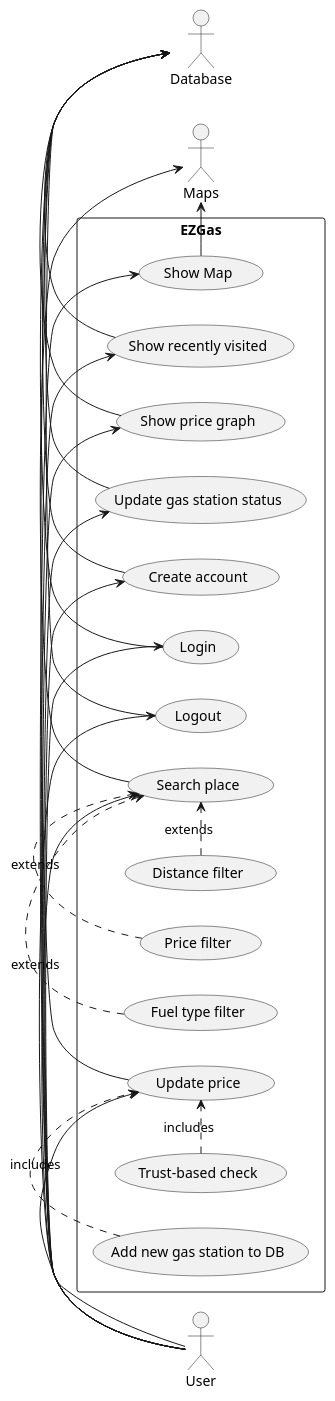
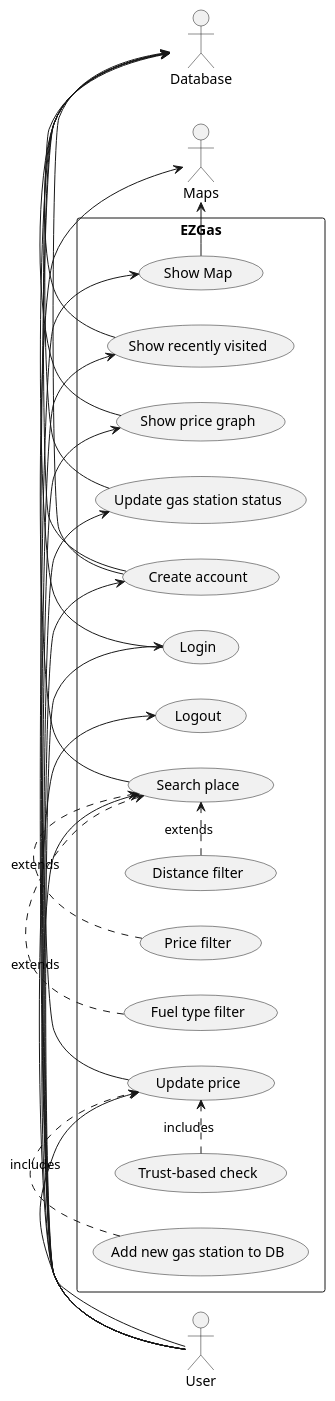
Before and after one commit to e-caste/SoftEng-EZGas: the second of 2 diagrams in docs/RequirementsDocument.md, drawn with PlantUML. The commit also changed other lines of this file, not shown here.

````diff
--- a/docs/RequirementsDocument.md
+++ b/docs/RequirementsDocument.md
@@ -106,45 +106,45 @@
 ```plantuml
 left to right direction
 actor User as U
 actor Database as DB
 actor Maps as M
 rectangle EZGas {
 	usecase "Show Map" as FR1
 	usecase "Search place" as FR2
 	usecase "Distance filter" as FR2.1
 	usecase "Price filter" as FR2.2
 	usecase "Fuel type filter" as FR2.3
 	usecase "Show recently visited" as FR3
 	usecase "Update price" as FR4
 	usecase "Trust-based check" as FR4.1
 	usecase "Add new gas station to DB" as FR4.2
 	usecase "Show price graph" as FR5
 	usecase "Update gas station status" as FR6
 	usecase "Create account" as FR7
 	usecase "Login" as FR7.1
 	usecase "Logout" as FR7.2
 }
 U -> FR1
 U -> FR2
 U -> FR3
 U -> FR4
 U -> FR5
 U -> FR6
 U -> FR7
 U -> FR7.1
 U -> FR7.2
 FR1 -> M
 FR2 -> M
 FR2.1 .> FR2 : extends
 FR2.2 .> FR2 : extends
 FR2.3 .> FR2 : extends
 FR3 -> DB
 FR4 -> DB
 FR4.1 .> FR4 : includes
 FR4.2 .> FR4 : includes
 FR5 -> DB
 FR6 -> DB
 FR7 -> DB
 FR7.1 -> DB
-FR7.2 -> DB
+FR7 -> DB
 ```
````
